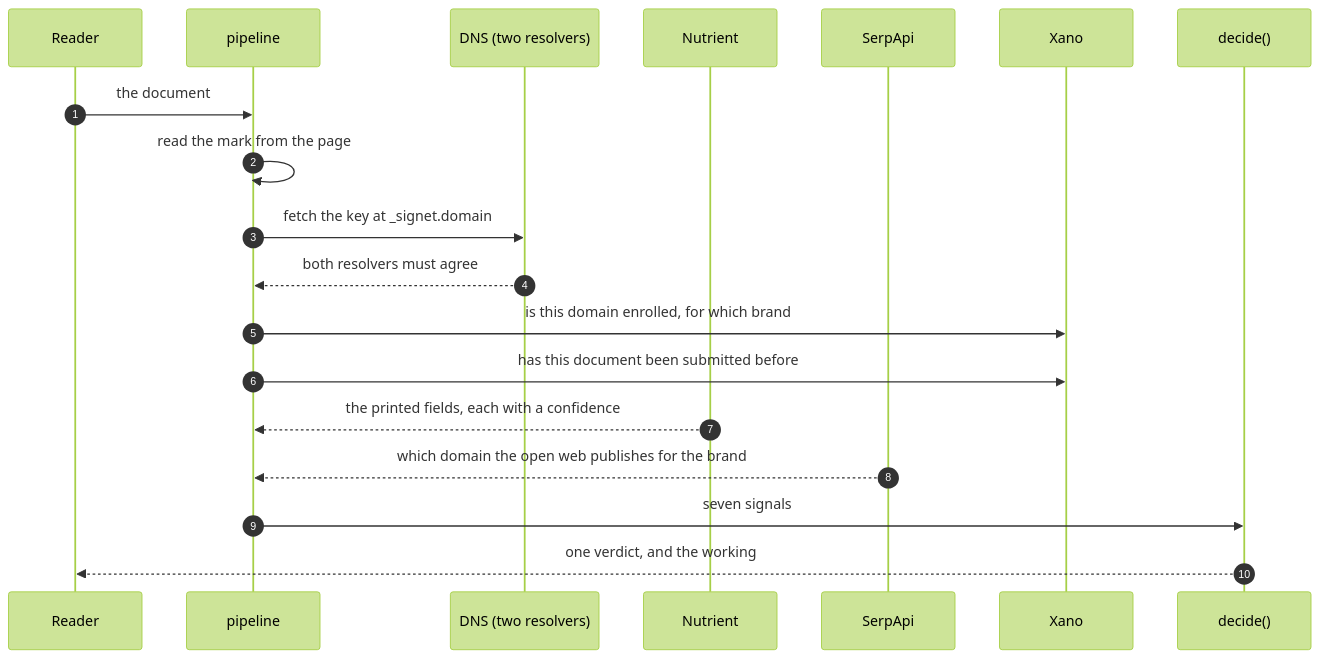
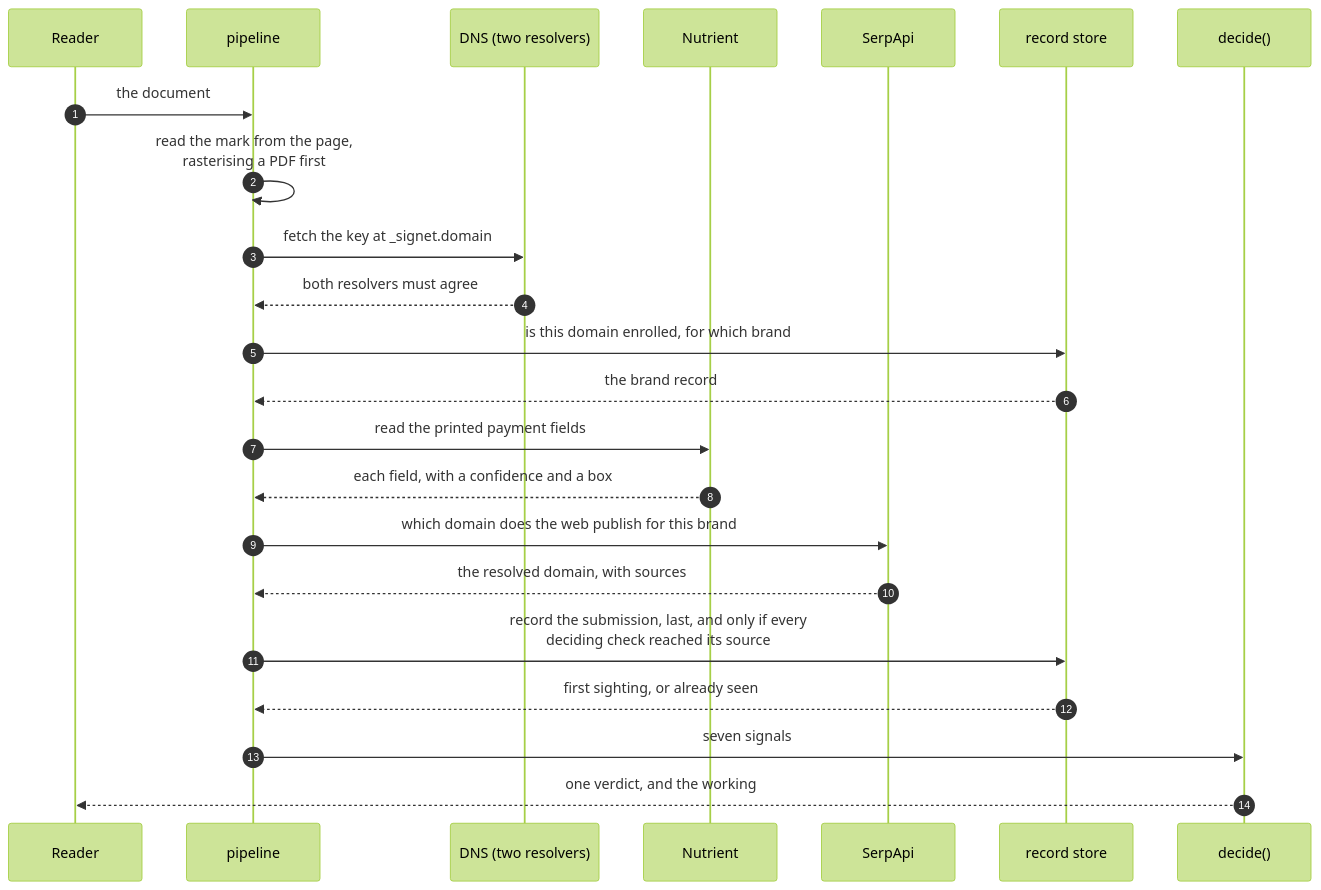
Before and after one commit to projects-hacks/signet: the second of 5 diagrams in docs/architecture.md, drawn with Mermaid (forest theme). The commit also changed 1 other file, not shown here.

Commit message:
Name the live deployments, draw the path a document takes, and index the decisions

````diff
--- a/docs/architecture.md
+++ b/docs/architecture.md
@@ -85,22 +85,26 @@
 ```mermaid
 sequenceDiagram
     autonumber
     participant R as Reader
     participant P as pipeline
     participant D as DNS (two resolvers)
     participant N as Nutrient
     participant S as SerpApi
-    participant X as Xano
+    participant X as record store
     participant V as decide()
 
     R->>P: the document
-    P->>P: read the mark from the page
+    P->>P: read the mark from the page,<br/>rasterising a PDF first
     P->>D: fetch the key at _signet.domain
     D-->>P: both resolvers must agree
     P->>X: is this domain enrolled, for which brand
-    P->>X: has this document been submitted before
-    N-->>P: the printed fields, each with a confidence
-    S-->>P: which domain the open web publishes for the brand
+    X-->>P: the brand record
+    P->>N: read the printed payment fields
+    N-->>P: each field, with a confidence and a box
+    P->>S: which domain does the web publish for this brand
+    S-->>P: the resolved domain, with sources
+    P->>X: record the submission, last, and only if every<br/>deciding check reached its source
+    X-->>P: first sighting, or already seen
     P->>V: seven signals
     V-->>R: one verdict, and the working
 ```
````
